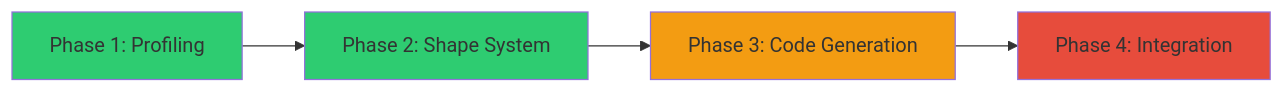
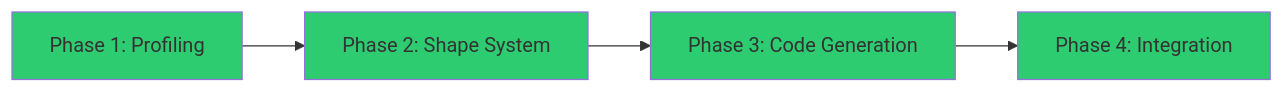
Before and after one commit to ankitkpandey1/pyaot: the diagram in BENCHMARK.md, drawn with Mermaid. The commit also changed other lines of this file and 6 other files, not shown here.

````diff
--- a/BENCHMARK.md
+++ b/BENCHMARK.md
@@ -185,11 +201,11 @@
 ```mermaid
 graph LR
     P1[Phase 1: Profiling] --> P2[Phase 2: Shape System]
     P2 --> P3[Phase 3: Code Generation]
     P3 --> P4[Phase 4: Integration]
     
     style P1 fill:#2ecc71
     style P2 fill:#2ecc71
-    style P3 fill:#f39c12
-    style P4 fill:#e74c3c
+    style P3 fill:#2ecc71
+    style P4 fill:#2ecc71
 ```
````
